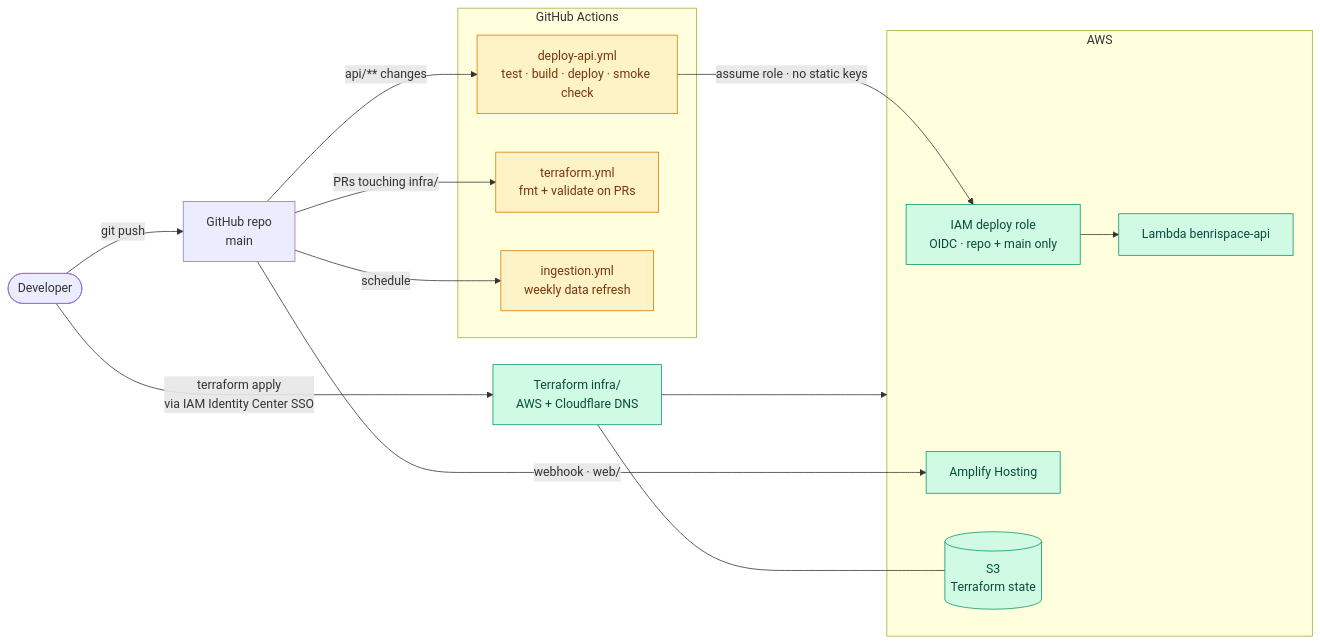
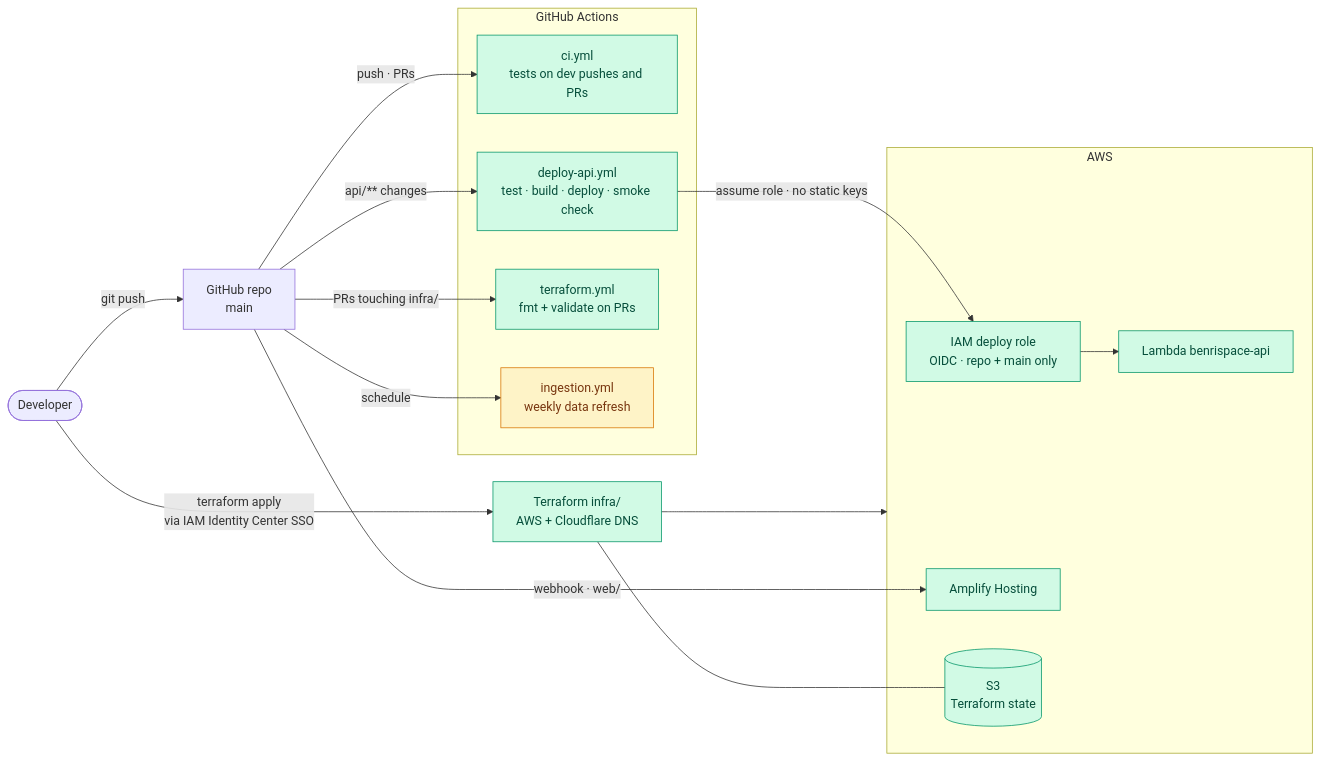
The fourth of 4 diagrams in ARCHITECTURE.md (prajeshgpat/BenriSpace), drawn with Mermaid before and after one commit. The commit also changed other lines of this file and 10 other files, not shown here.

````diff
--- a/ARCHITECTURE.md
+++ b/ARCHITECTURE.md
@@ -143,35 +213,37 @@
 ```mermaid
 flowchart LR
   dev(["Developer"])
   gh["GitHub repo<br/>main"]
 
   subgraph ci["GitHub Actions"]
+    ci1["ci.yml<br/>tests on dev pushes and PRs"]
     dep["deploy-api.yml<br/>test · build · deploy · smoke check"]
     tfci["terraform.yml<br/>fmt + validate on PRs"]
     ing["ingestion.yml<br/>weekly data refresh"]
   end
 
   subgraph aws["AWS"]
     role["IAM deploy role<br/>OIDC · repo + main only"]
     lam["Lambda benrispace-api"]
     amp["Amplify Hosting"]
     tfstate[("S3<br/>Terraform state")]
   end
 
   tf["Terraform infra/<br/>AWS + Cloudflare DNS"]
 
   dev -- "git push" --> gh
+  gh -- "push · PRs" --> ci1
   gh -- "api/** changes" --> dep
   gh -- "PRs touching infra/" --> tfci
   gh -- "schedule" --> ing
   gh -- "webhook · web/" --> amp
   dep -- "assume role · no static keys" --> role --> lam
   dev -- "terraform apply<br/>via IAM Identity Center SSO" --> tf
   tf --> aws
   tf --- tfstate
 
   classDef live fill:#d1fae5,stroke:#059669,color:#064e3b
   classDef pending fill:#fef3c7,stroke:#d97706,color:#78350f
-  class role,lam,amp,tfstate,tf live
-  class dep,tfci,ing pending
+  class role,lam,amp,tfstate,tf,ci1,dep,tfci live
+  class ing pending
 ```
````
